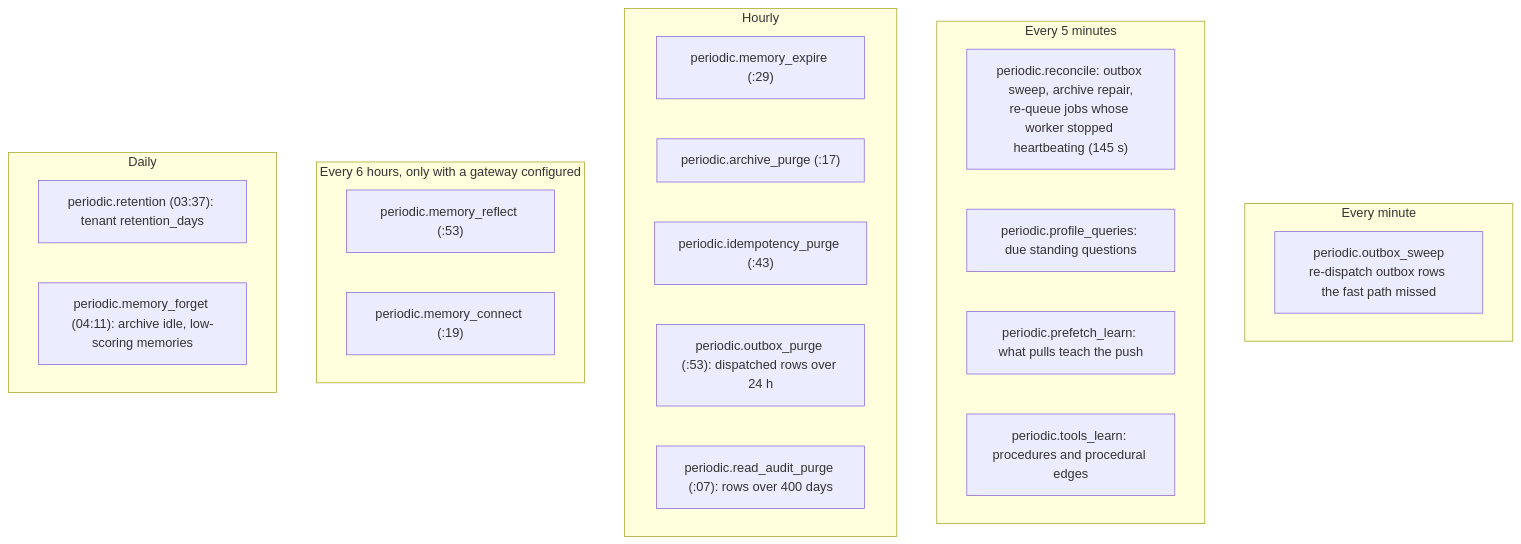
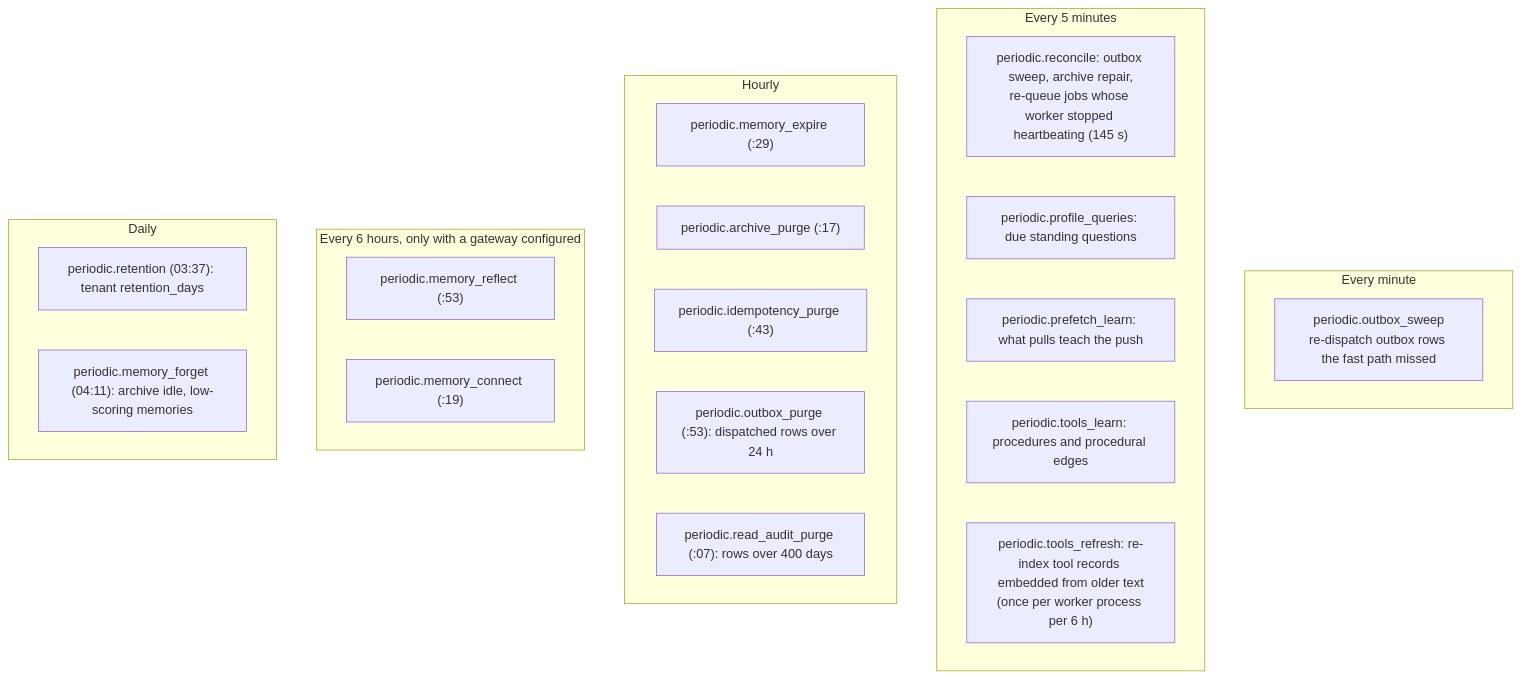
The second of 2 diagrams in docs/guide/11-operations.md (amitmohapatra/agent-memory-service), drawn with Mermaid before and after one commit. The commit also changed 10 other files, not shown here.

````diff
--- a/docs/guide/11-operations.md
+++ b/docs/guide/11-operations.md
@@ -206,27 +206,28 @@
 ```mermaid
 flowchart TB
   subgraph minute[Every minute]
     OS["periodic.outbox_sweep<br/>re-dispatch outbox rows the fast path missed"]
   end
   subgraph five[Every 5 minutes]
     RC["periodic.reconcile: outbox sweep, archive repair,<br/>re-queue jobs whose worker stopped heartbeating (145 s)"]
     PQ["periodic.profile_queries: due standing questions"]
     PL["periodic.prefetch_learn: what pulls teach the push"]
     TL["periodic.tools_learn: procedures and procedural edges"]
+    TR["periodic.tools_refresh: re-index tool records embedded from older text<br/>(once per worker process per 6 h)"]
   end
   subgraph hourly[Hourly]
     EX["periodic.memory_expire (:29)"]
     AP["periodic.archive_purge (:17)"]
     IP["periodic.idempotency_purge (:43)"]
     OP["periodic.outbox_purge (:53): dispatched rows over 24 h"]
     RA["periodic.read_audit_purge (:07): rows over 400 days"]
   end
   subgraph six[Every 6 hours, only with a gateway configured]
     RF["periodic.memory_reflect (:53)"]
     CN["periodic.memory_connect (:19)"]
   end
   subgraph daily[Daily]
     RT["periodic.retention (03:37): tenant retention_days"]
     FG["periodic.memory_forget (04:11): archive idle, low-scoring memories"]
   end
 ```
````
